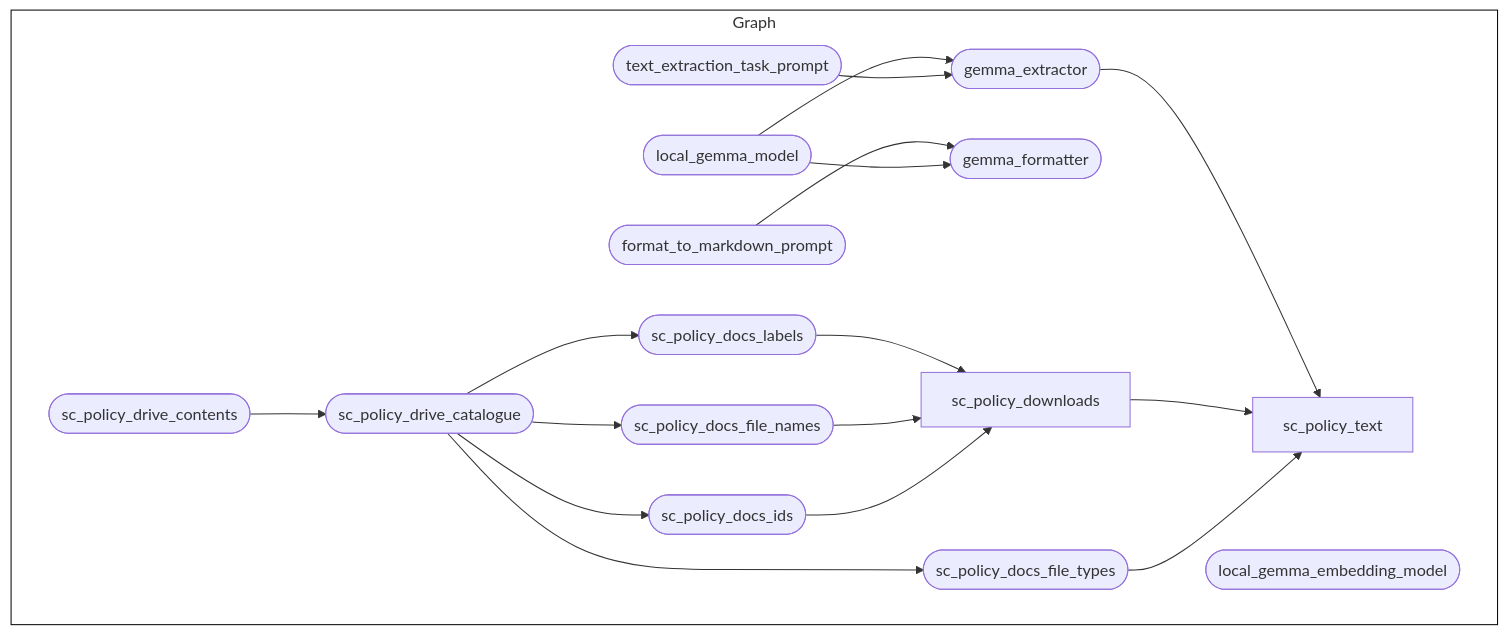
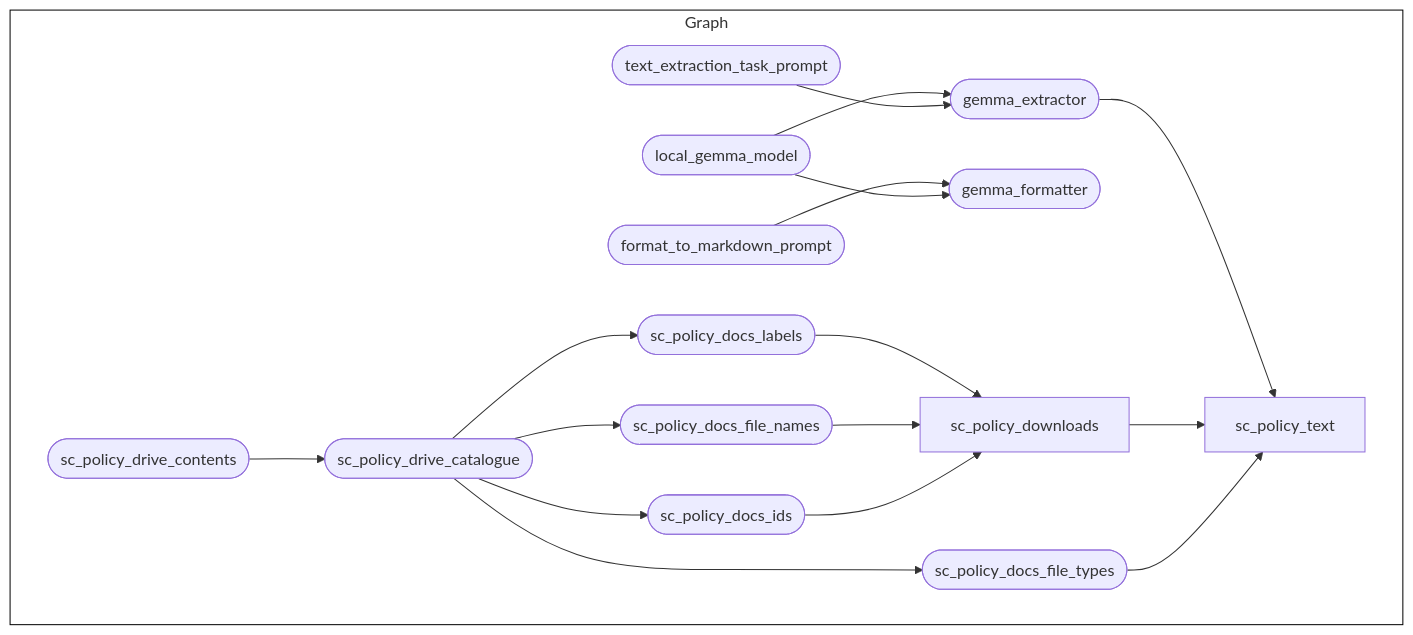
The diagram in README.md (OxfordIHTM/seypol), drawn with Mermaid before and after one commit. The commit also changed 1 other file, not shown here.

Commit message:
edit type in README

````diff
--- a/README.md
+++ b/README.md
@@ -234,23 +234,23 @@
 ``` mermaid
 graph LR
   style Graph fill:#FFFFFF00,stroke:#000000;
   subgraph Graph
     direction LR
     xba597cd142706396(["local_gemma_model"]):::uptodate --> xbdacf1efe57d11ba(["gemma_extractor"]):::outdated
     x1b466685f9e11517(["text_extraction_task_prompt"]):::outdated --> xbdacf1efe57d11ba(["gemma_extractor"]):::outdated
     x6390f6fe62a59357(["format_to_markdown_prompt"]):::outdated --> x27176b5902005e16(["gemma_formatter"]):::outdated
     xba597cd142706396(["local_gemma_model"]):::uptodate --> x27176b5902005e16(["gemma_formatter"]):::outdated
     xd2d008f1c464dae2(["sc_policy_drive_catalogue"]):::uptodate --> xa5e9820ec774cf1f(["sc_policy_docs_file_names"]):::uptodate
     xd2d008f1c464dae2(["sc_policy_drive_catalogue"]):::uptodate --> x8d9f0267e7819a0e(["sc_policy_docs_file_types"]):::uptodate
     xd2d008f1c464dae2(["sc_policy_drive_catalogue"]):::uptodate --> x8d87fc6cc54523e3(["sc_policy_docs_ids"]):::uptodate
     xd2d008f1c464dae2(["sc_policy_drive_catalogue"]):::uptodate --> x7ef01fbef9fccbbe(["sc_policy_docs_labels"]):::uptodate
     x7ef01fbef9fccbbe(["sc_policy_docs_labels"]):::uptodate --> x8572be3fb16caa03["sc_policy_downloads"]:::uptodate
     xa5e9820ec774cf1f(["sc_policy_docs_file_names"]):::uptodate --> x8572be3fb16caa03["sc_policy_downloads"]:::uptodate
     x8d87fc6cc54523e3(["sc_policy_docs_ids"]):::uptodate --> x8572be3fb16caa03["sc_policy_downloads"]:::uptodate
     x5e7ccb22ceeee8bc(["sc_policy_drive_contents"]):::uptodate --> xd2d008f1c464dae2(["sc_policy_drive_catalogue"]):::uptodate
     xbdacf1efe57d11ba(["gemma_extractor"]):::outdated --> xcbe4f4b8121299bb["sc_policy_text"]:::outdated
     x8572be3fb16caa03["sc_policy_downloads"]:::uptodate --> xcbe4f4b8121299bb["sc_policy_text"]:::outdated
     x8d9f0267e7819a0e(["sc_policy_docs_file_types"]):::uptodate --> xcbe4f4b8121299bb["sc_policy_text"]:::outdated
-    x1a53107f15848636(["local_gemma_embedding_model"]):::uptodate
+    
   end
 ```
````
